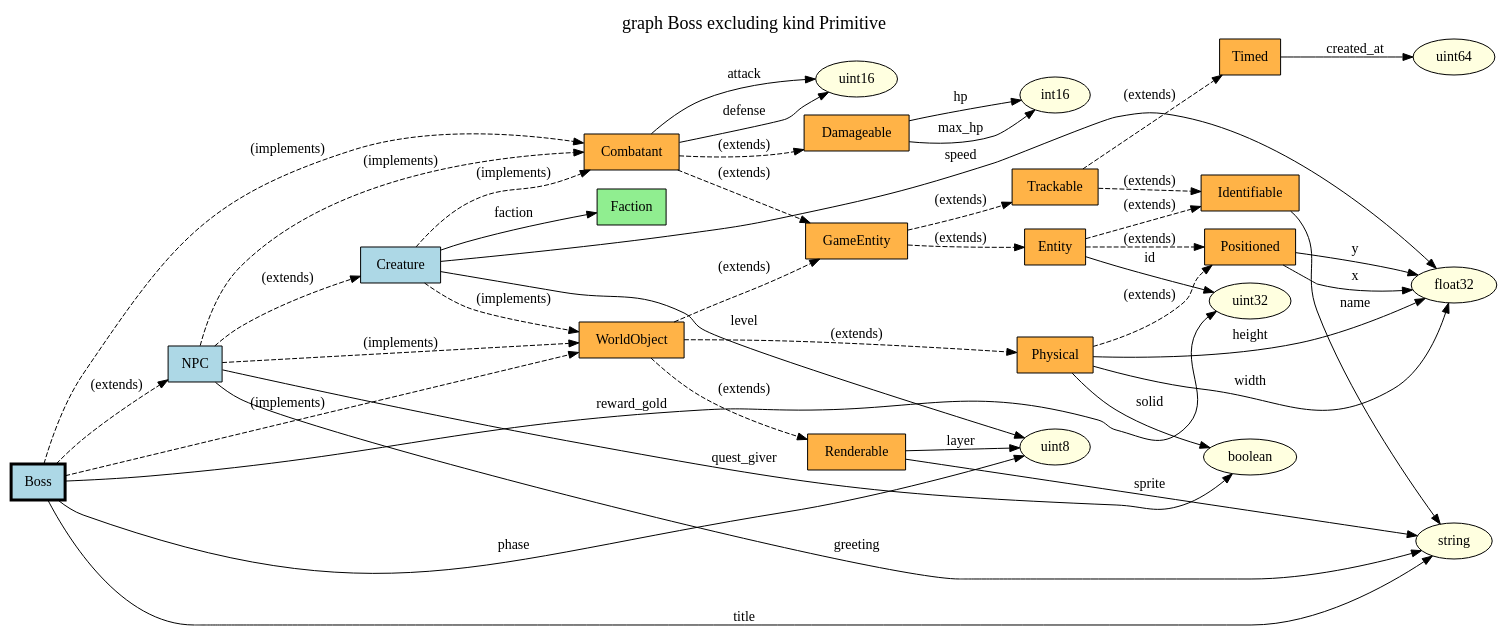
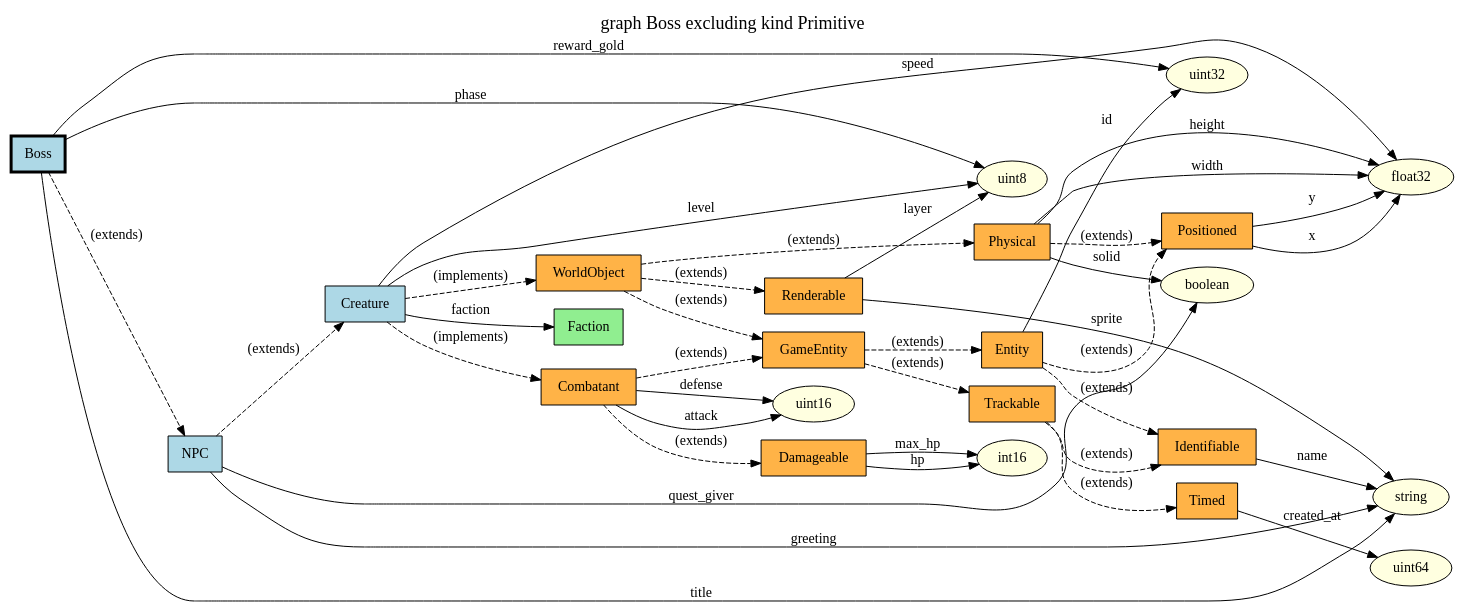
One commit to curious-machines/typed_tables changed the diagram in scratch/graphs/examples/04-boss-no-primitives.dot. Above: the diagram before and after it, drawn with Graphviz. The commit also changed 79 other files, not shown here.

First line of the commit message:
Fix graph implements edges and path-to target expansion

```diff
--- a/scratch/graphs/examples/04-boss-no-primitives.dot
+++ b/scratch/graphs/examples/04-boss-no-primitives.dot
@@ -1,74 +1,70 @@
 digraph types {
     rankdir=LR;
     node [style=filled];
     label="graph Boss excluding kind Primitive";
     labelloc=t;
     fontsize=18;
 
     "Boss" [shape=box, fillcolor="#ADD8E6", penwidth=3];
     "Combatant" [shape=box, fillcolor="#FFB347"];
     "Creature" [shape=box, fillcolor="#ADD8E6"];
     "Damageable" [shape=box, fillcolor="#FFB347"];
     "Entity" [shape=box, fillcolor="#FFB347"];
     "Faction" [shape=box, fillcolor="#90EE90"];
     "GameEntity" [shape=box, fillcolor="#FFB347"];
     "Identifiable" [shape=box, fillcolor="#FFB347"];
     "NPC" [shape=box, fillcolor="#ADD8E6"];
     "Physical" [shape=box, fillcolor="#FFB347"];
     "Positioned" [shape=box, fillcolor="#FFB347"];
     "Renderable" [shape=box, fillcolor="#FFB347"];
     "Timed" [shape=box, fillcolor="#FFB347"];
     "Trackable" [shape=box, fillcolor="#FFB347"];
     "WorldObject" [shape=box, fillcolor="#FFB347"];
     "boolean" [shape=ellipse, fillcolor="#FFFFE0"];
     "float32" [shape=ellipse, fillcolor="#FFFFE0"];
     "int16" [shape=ellipse, fillcolor="#FFFFE0"];
     "string" [shape=ellipse, fillcolor="#FFFFE0"];
     "uint16" [shape=ellipse, fillcolor="#FFFFE0"];
     "uint32" [shape=ellipse, fillcolor="#FFFFE0"];
     "uint64" [shape=ellipse, fillcolor="#FFFFE0"];
     "uint8" [shape=ellipse, fillcolor="#FFFFE0"];
 
     "Boss" -> "uint8" [label="phase"];
     "Boss" -> "string" [label="title"];
     "Boss" -> "uint32" [label="reward_gold"];
     "Boss" -> "NPC" [label="(extends)", style=dashed];
-    "Boss" -> "Combatant" [label="(implements)", style=dashed];
-    "Boss" -> "WorldObject" [label="(implements)", style=dashed];
     "NPC" -> "string" [label="greeting"];
     "NPC" -> "boolean" [label="quest_giver"];
     "NPC" -> "Creature" [label="(extends)", style=dashed];
-    "NPC" -> "Combatant" [label="(implements)", style=dashed];
-    "NPC" -> "WorldObject" [label="(implements)", style=dashed];
+    "Creature" -> "float32" [label="speed"];
+    "Creature" -> "uint8" [label="level"];
+    "Creature" -> "Faction" [label="faction"];
+    "Creature" -> "Combatant" [label="(implements)", style=dashed];
+    "Creature" -> "WorldObject" [label="(implements)", style=dashed];
     "Combatant" -> "uint16" [label="attack"];
     "Combatant" -> "uint16" [label="defense"];
     "Combatant" -> "GameEntity" [label="(extends)", style=dashed];
     "Combatant" -> "Damageable" [label="(extends)", style=dashed];
     "WorldObject" -> "GameEntity" [label="(extends)", style=dashed];
     "WorldObject" -> "Renderable" [label="(extends)", style=dashed];
     "WorldObject" -> "Physical" [label="(extends)", style=dashed];
+    "Damageable" -> "int16" [label="hp"];
+    "Damageable" -> "int16" [label="max_hp"];
     "Renderable" -> "string" [label="sprite"];
     "Renderable" -> "uint8" [label="layer"];
-    "Damageable" -> "int16" [label="hp"];
-    "Damageable" -> "int16" [label="max_hp"];
+    "GameEntity" -> "Entity" [label="(extends)", style=dashed];
+    "GameEntity" -> "Trackable" [label="(extends)", style=dashed];
     "Physical" -> "float32" [label="width"];
     "Physical" -> "float32" [label="height"];
     "Physical" -> "boolean" [label="solid"];
     "Physical" -> "Positioned" [label="(extends)", style=dashed];
-    "GameEntity" -> "Entity" [label="(extends)", style=dashed];
-    "GameEntity" -> "Trackable" [label="(extends)", style=dashed];
-    "Creature" -> "float32" [label="speed"];
-    "Creature" -> "uint8" [label="level"];
-    "Creature" -> "Faction" [label="faction"];
-    "Creature" -> "Combatant" [label="(implements)", style=dashed];
-    "Creature" -> "WorldObject" [label="(implements)", style=dashed];
-    "Positioned" -> "float32" [label="x"];
-    "Positioned" -> "float32" [label="y"];
     "Entity" -> "uint32" [label="id"];
     "Entity" -> "Identifiable" [label="(extends)", style=dashed];
     "Entity" -> "Positioned" [label="(extends)", style=dashed];
     "Trackable" -> "Identifiable" [label="(extends)", style=dashed];
     "Trackable" -> "Timed" [label="(extends)", style=dashed];
+    "Positioned" -> "float32" [label="x"];
+    "Positioned" -> "float32" [label="y"];
     "Timed" -> "uint64" [label="created_at"];
     "Identifiable" -> "string" [label="name"];
 }
```
